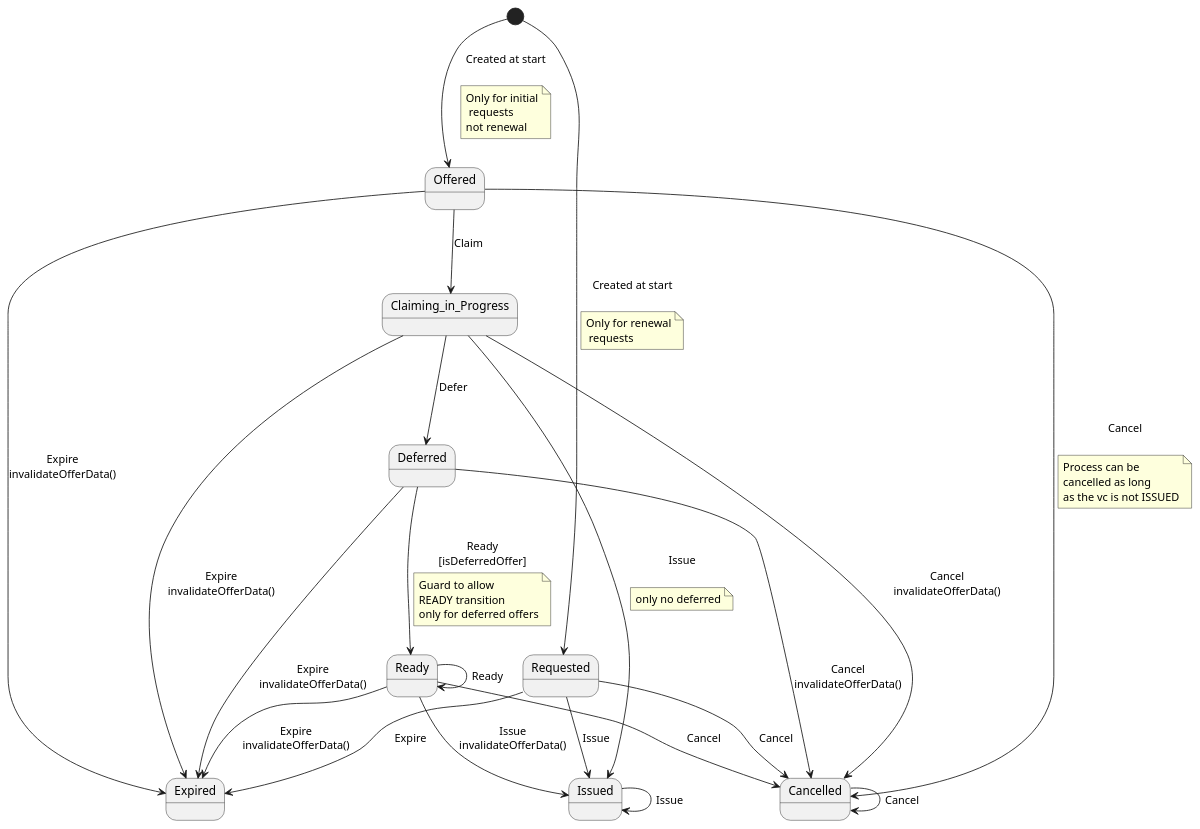
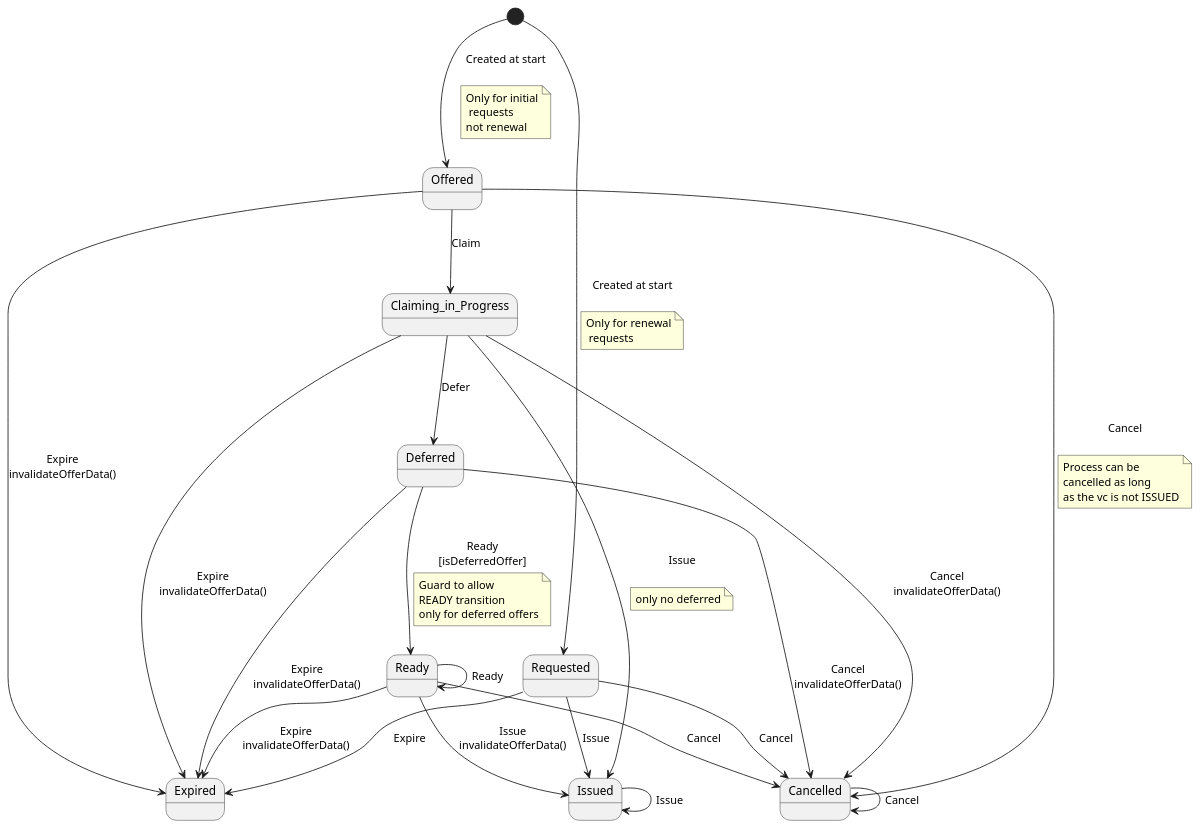
The diagram in issuer-service/src/main/resources/plantuml/credentialOfferStateMachine.puml (swiyu-admin-ch/swiyu-issuer), drawn with PlantUML before and after one commit. The commit also changed other lines of this file and 20 other files, not shown here.

```diff
--- a/issuer-service/src/main/resources/plantuml/credentialOfferStateMachine.puml
+++ b/issuer-service/src/main/resources/plantuml/credentialOfferStateMachine.puml
@@ -1,58 +1,58 @@
 @startuml
-state Expired
-state Requested
 state Issued
 state Ready
+state Cancelled
 state Deferred
+state Offered
+state Requested
 state Claiming_in_Progress
-state Offered
-state Cancelled
+state Expired
 [*] --> Offered : Created at start\n
 note on link
 Only for initial
  requests
 not renewal
 end note
 
 [*] --> Requested : Created at start\n
 note on link
 Only for renewal
  requests
 end note
 
 Requested --> Issued : Issue
 Requested --> Cancelled : Cancel
 Requested --> Expired : Expire
 Offered --> Cancelled : Cancel\n
 note on link
 Process can be
 cancelled as long
 as the vc is not ISSUED
 end note
 
 Offered --> Expired : Expire\ninvalidateOfferData()
 Offered --> Claiming_in_Progress : Claim
 Claiming_in_Progress --> Expired : Expire\ninvalidateOfferData()
 Claiming_in_Progress --> Deferred : Defer
 Claiming_in_Progress --> Issued : Issue\n
 note on link
 only no deferred
 end note
 
 Claiming_in_Progress --> Cancelled : Cancel\ninvalidateOfferData()
 Deferred --> Ready : Ready\n[isDeferredOffer]
 note on link
 Guard to allow
 READY transition
 only for deferred offers
 end note
 
 Deferred --> Expired : Expire\ninvalidateOfferData()
 Deferred --> Cancelled : Cancel\ninvalidateOfferData()
 Ready --> Issued : Issue\ninvalidateOfferData()
 Ready --> Expired : Expire\ninvalidateOfferData()
 Ready --> Cancelled : Cancel
 Ready --> Ready : Ready
 Issued --> Issued : Issue
 Cancelled --> Cancelled : Cancel
 @enduml
```
